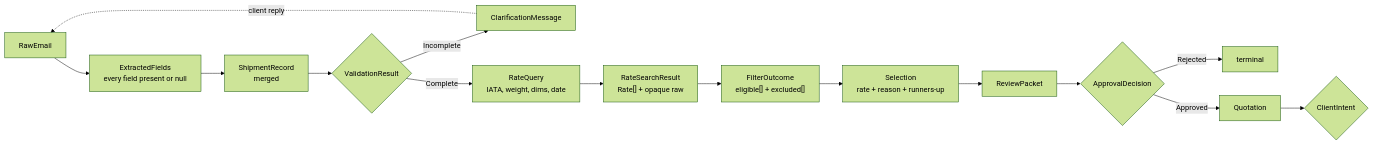
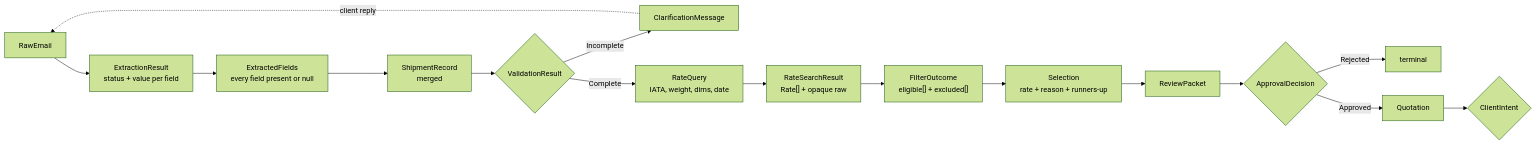
The second of 3 diagrams in docs/architecture.md (aayush2724/Translog), drawn with Mermaid (forest theme) before and after one commit. The commit also changed other lines of this file and 11 other files, not shown here.

````diff
--- a/docs/architecture.md
+++ b/docs/architecture.md
@@ -672,17 +687,18 @@
 ```mermaid
 flowchart LR
-    RE["RawEmail"] --> EF["ExtractedFields<br/>every field present or null"]
+    RE["RawEmail"] --> XR["ExtractionResult<br/>status + value per field"]
+    XR --> EF["ExtractedFields<br/>every field present or null"]
     EF --> SR["ShipmentRecord<br/>merged"]
     SR --> VR{"ValidationResult"}
     VR -->|Incomplete| CM["ClarificationMessage"]
     CM -.->|client reply| RE
     VR -->|Complete| RQ["RateQuery<br/>IATA, weight, dims, date"]
     RQ --> RSR["RateSearchResult<br/>Rate[] + opaque raw"]
     RSR --> FO["FilterOutcome<br/>eligible[] + excluded[]"]
     FO --> SEL["Selection<br/>rate + reason + runners-up"]
     SEL --> RP["ReviewPacket"]
     RP --> AD{"ApprovalDecision"}
     AD -->|Rejected| END1["terminal"]
     AD -->|Approved| Q["Quotation"]
     Q --> CI{"ClientIntent"}
 ```
````
